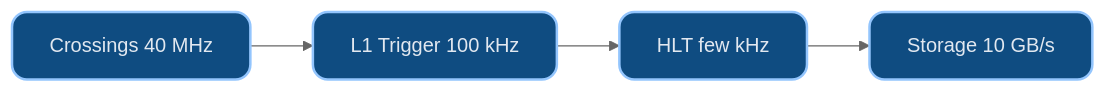
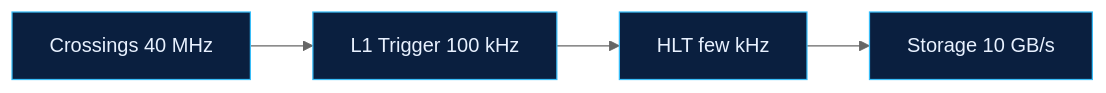
The second of 2 diagrams in lectures/content/slides/02_Introduction_to_Data.md (MindaugasSarpis/CERN_lessons_on_data_analysis), drawn with Mermaid (neutral theme) before and after one commit. The commit also changed 11 other files, not shown here.

````diff
--- a/lectures/content/slides/02_Introduction_to_Data.md
+++ b/lectures/content/slides/02_Introduction_to_Data.md
@@ -915,9 +915,9 @@
 ```mermaid {scale: 0.85}
 graph LR
     A[Crossings 40 MHz] --> B[L1 Trigger 100 kHz]
     B --> C[HLT few kHz]
     C --> D[Storage 10 GB/s]
 
-    classDef stage fill:#0f4c81,stroke:#93c5fd,stroke-width:2px,color:#e2e8f0,rx:12px,ry:12px;
+    classDef stage fill:#0a1f3f,stroke:#38bdf8,color:#e8f1ff;
     class A,B,C,D stage;
 ```
````
